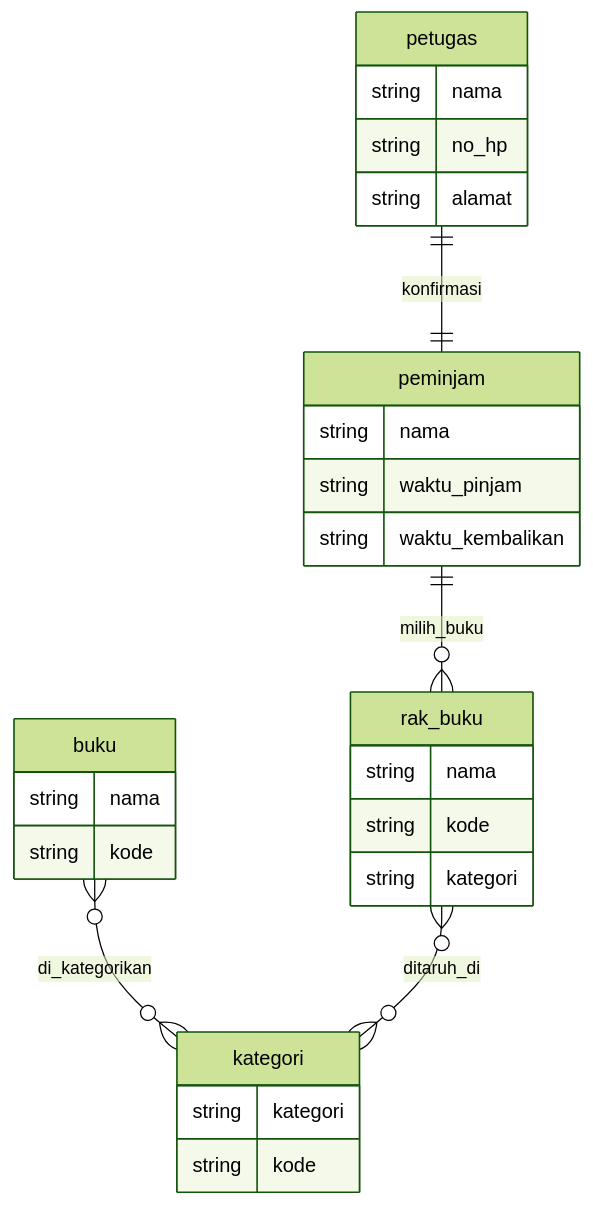
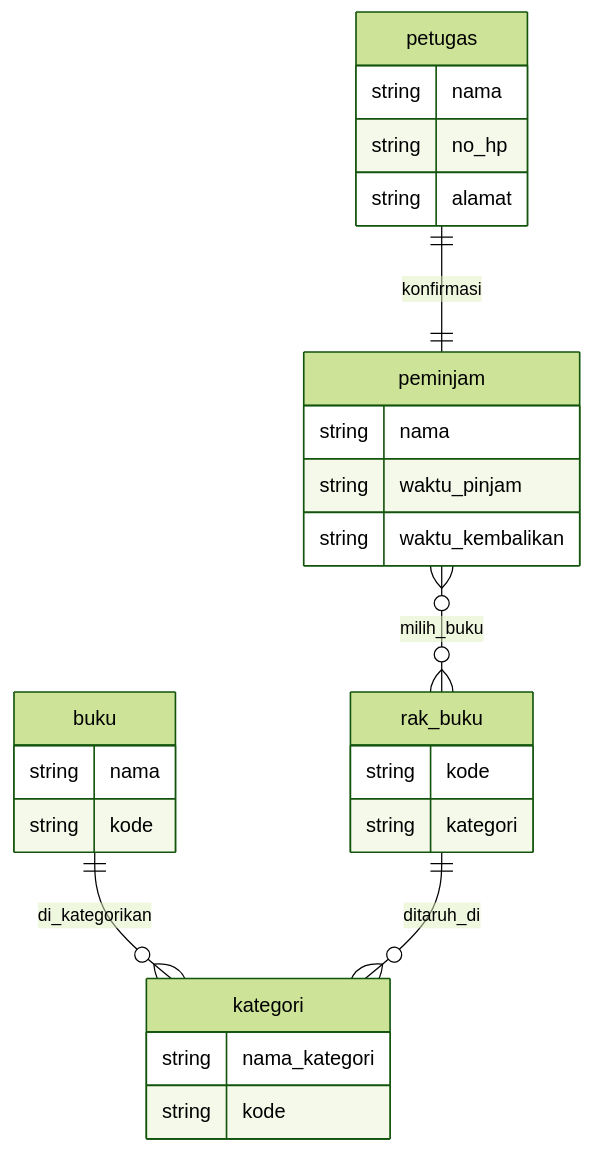
One commit to abdullah-fikri/koda-b4-db1 changed the diagram in README.md. Above: the diagram before and after it, drawn with Mermaid (forest theme). The commit also changed 1 other file, not shown here.

Commit message:
fix: update file database1.md and readme file

````diff
--- a/README.md
+++ b/README.md
@@ -7,34 +7,33 @@
 ```mermaid
 erDiagram
    buku {
         string nama
         string kode
     }
 
     kategori {
-        string kategori
+        string nama_kategori
         string kode
     }
 
     rak_buku {
-        string nama
         string kode
         string kategori
     }
     petugas {
         string nama
         string no_hp
         string alamat
     }
     peminjam {
         string nama
         string waktu_pinjam
         string waktu_kembalikan
     }
 
-    buku }o--o{ kategori : di_kategorikan
-    rak_buku }o--o{ kategori : ditaruh_di
-    peminjam || --o{ rak_buku : milih_buku
+    buku ||--o{ kategori : di_kategorikan
+    rak_buku ||--o{ kategori : ditaruh_di
+    peminjam }O --o{ rak_buku : milih_buku
     petugas || -- || peminjam : konfirmasi
 
 ```
````
